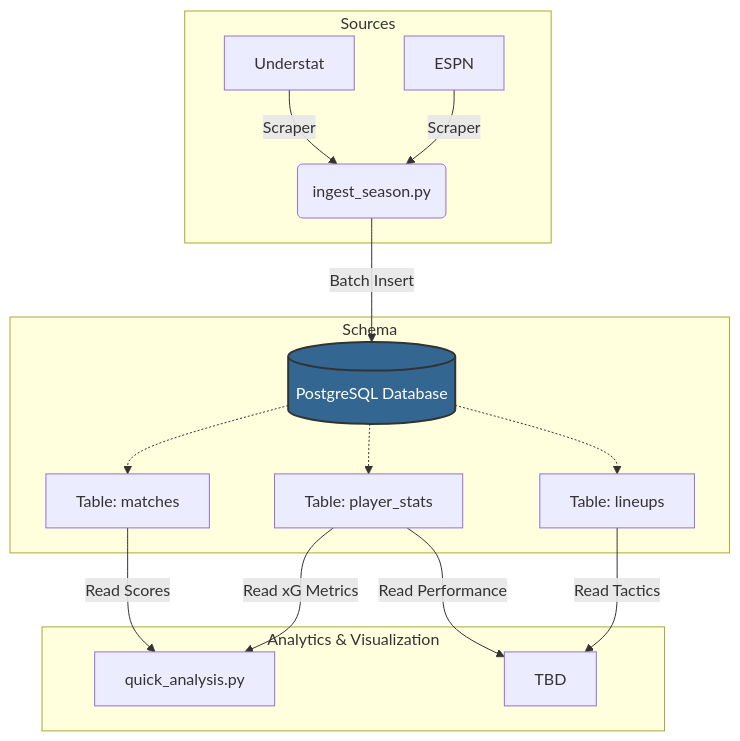
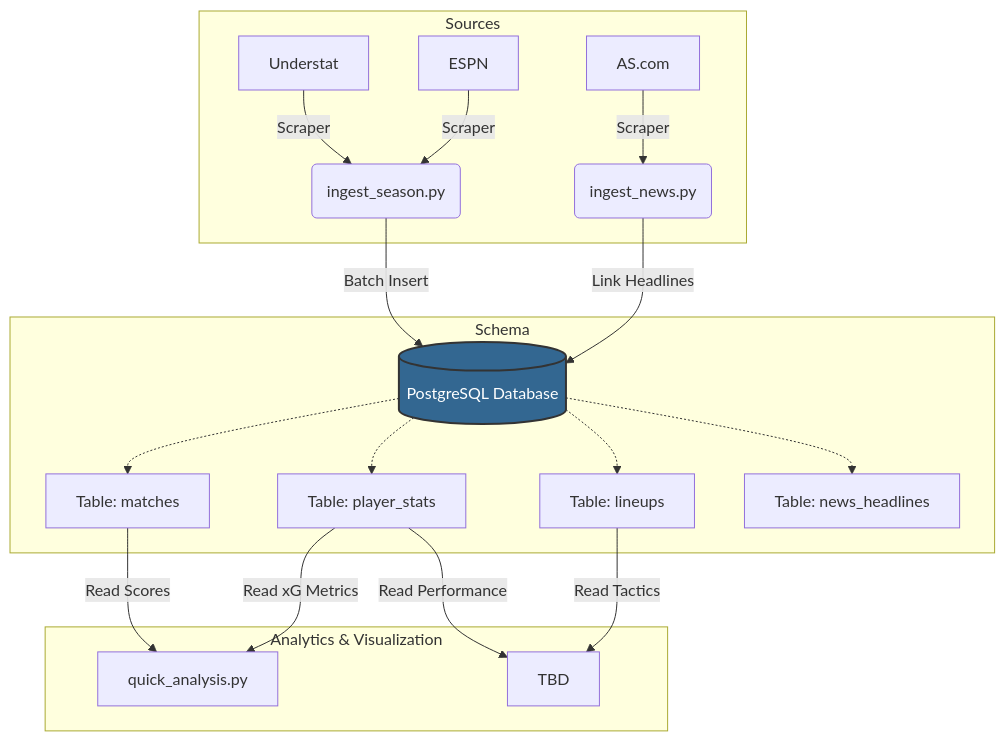
The diagram in README.md (lucasavila23/spanish_football_analytics), drawn with Mermaid before and after one commit. The commit also changed other lines of this file and 22 other files, not shown here.

First line of the commit message:
feat: Implement AS.com news scraper and integrate into ETL pipeline

````diff
--- a/README.md
+++ b/README.md
@@ -26,29 +26,32 @@
 ```mermaid
 graph TD
     %% 1. The Source Layer
     subgraph Sources
         A[Understat] -->|Scraper| C(ingest_season.py)
         B[ESPN] -->|Scraper| C
+        D[AS.com] -->|Scraper| E(ingest_news.py)
     end
 
     %% 2. The Storage Layer (The Hub)
     C -->|Batch Insert| DB[(PostgreSQL Database)]
+    E -->|Link Headlines| DB
     
     subgraph Schema
         DB -.-> T1[Table: matches]
         DB -.-> T2[Table: player_stats]
         DB -.-> T3[Table: lineups]
+        DB -.-> T4[Table: news_headlines]
     end
 
     %% 3. The Analytics Layer
     subgraph "Analytics & Visualization"
         T1 -->|Read Scores| G[quick_analysis.py]
         T2 -->|Read xG Metrics| G
         
         T2 -->|Read Performance| H[TBD]
         T3 -->|Read Tactics| H
     end
     
     %% Styling for the cool cylinder
     style DB fill:#336791,stroke:#333,stroke-width:2px,color:#fff
 ```
````
